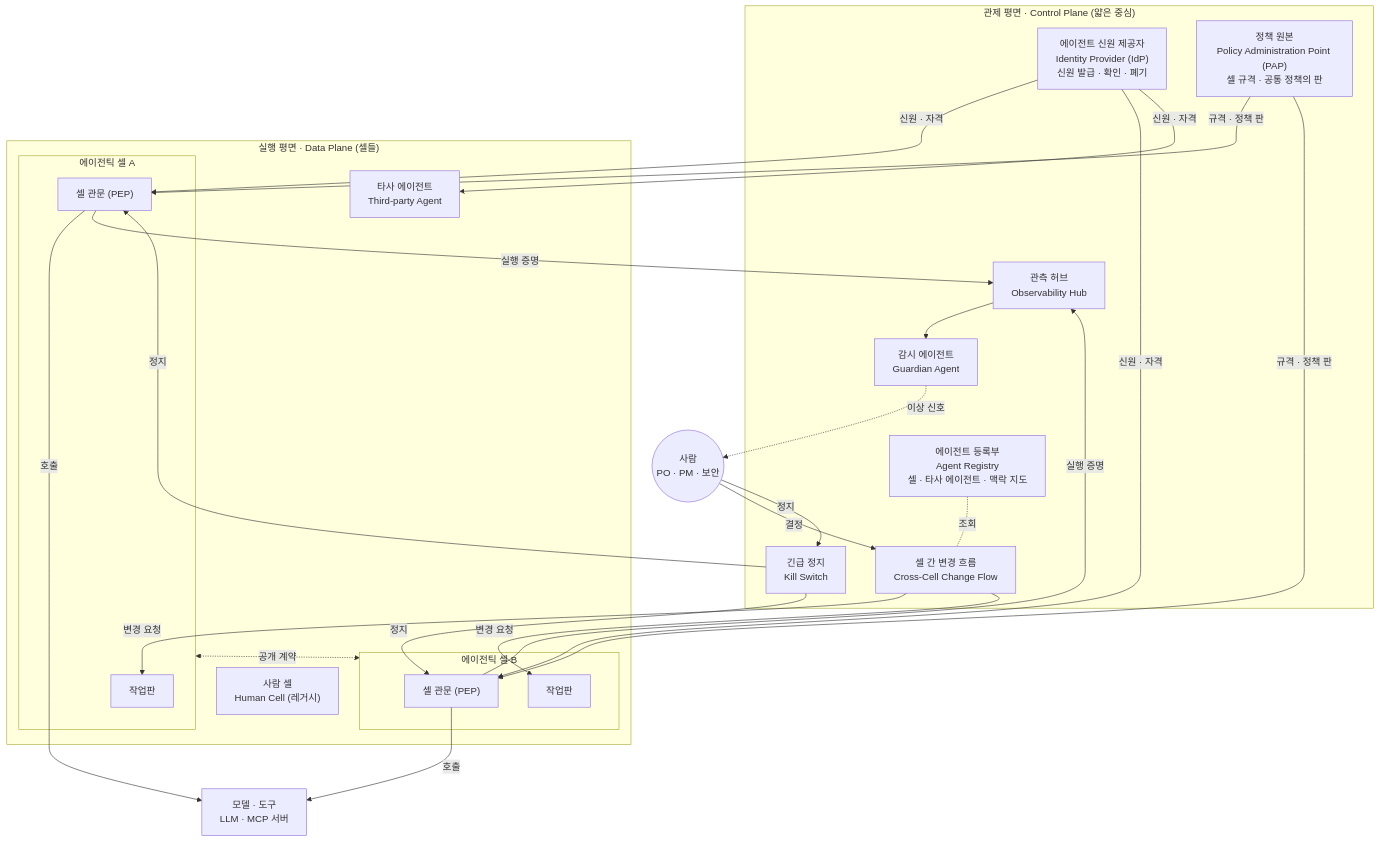
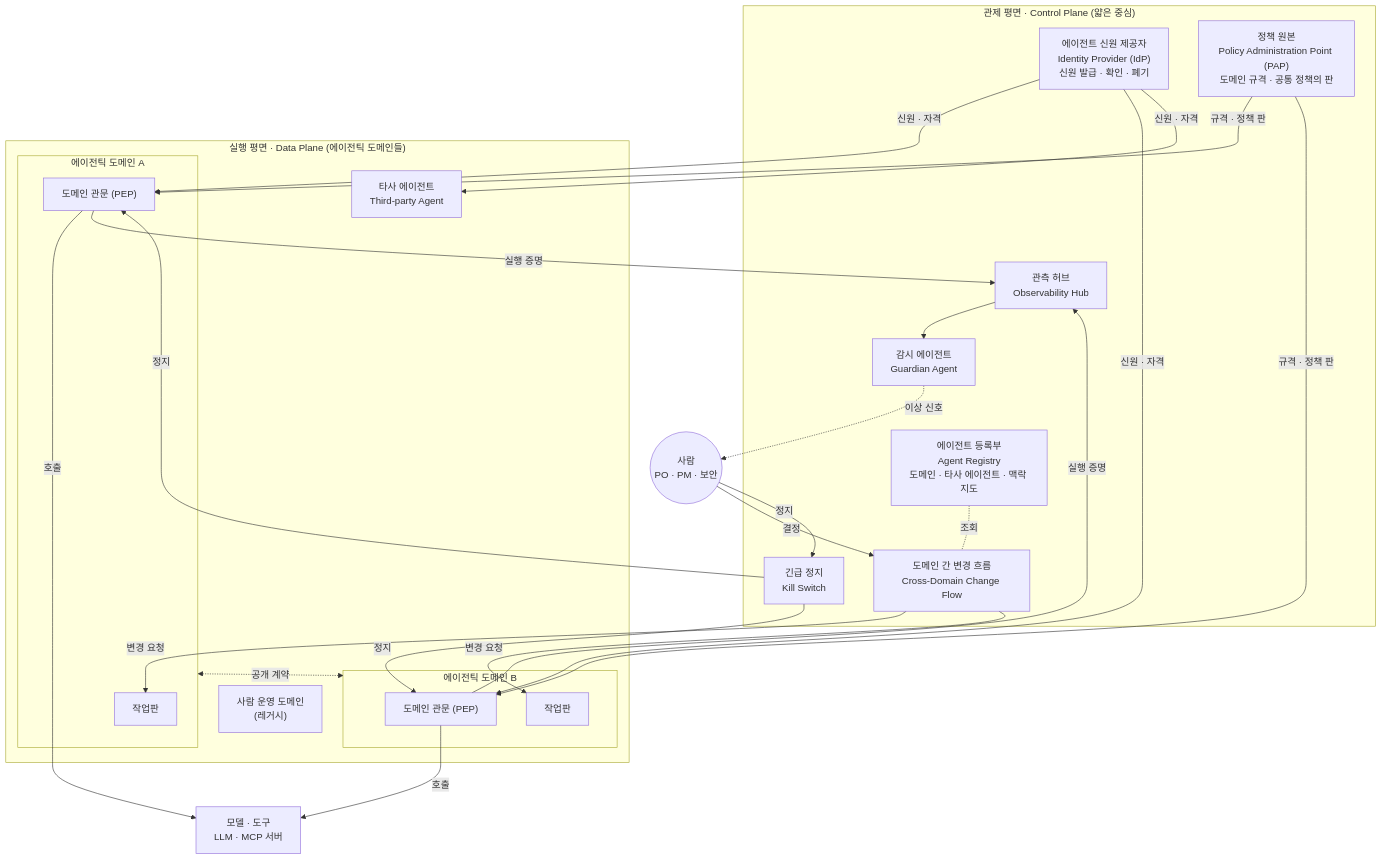
Before and after one commit to whiteceo/agentic: the first of 2 diagrams in architecture/개념_아키텍처.md, drawn with Mermaid. The commit also changed other lines of this file and 15 other files, not shown here.

Commit message:
문서 안 구조화 · 용어 개정(셀 → 에이전틱 도메인, 도메인 → 하위 도메인)

````diff
--- a/architecture/개념_아키텍처.md
+++ b/architecture/개념_아키텍처.md
@@ -19,40 +36,40 @@
 ```mermaid
 flowchart TB
   subgraph CP["관제 평면 · Control Plane (얇은 중심)"]
     IdP["에이전트 신원 제공자<br/>Identity Provider (IdP)<br/>신원 발급 · 확인 · 폐기"]
-    PAP["정책 원본<br/>Policy Administration Point (PAP)<br/>셀 규격 · 공통 정책의 판"]
-    REG["에이전트 등록부<br/>Agent Registry<br/>셀 · 타사 에이전트 · 맥락 지도"]
+    PAP["정책 원본<br/>Policy Administration Point (PAP)<br/>도메인 규격 · 공통 정책의 판"]
+    REG["에이전트 등록부<br/>Agent Registry<br/>도메인 · 타사 에이전트 · 맥락 지도"]
     KS["긴급 정지<br/>Kill Switch"]
-    CCF["셀 간 변경 흐름<br/>Cross-Cell Change Flow"]
+    CDF["도메인 간 변경 흐름<br/>Cross-Domain Change Flow"]
     OBS["관측 허브<br/>Observability Hub"]
     GA["감시 에이전트<br/>Guardian Agent"]
   end
 
-  subgraph DP["실행 평면 · Data Plane (셀들)"]
-    subgraph C1["에이전틱 셀 A"]
-      G1["셀 관문 (PEP)"]
+  subgraph DP["실행 평면 · Data Plane (에이전틱 도메인들)"]
+    subgraph D1["에이전틱 도메인 A"]
+      G1["도메인 관문 (PEP)"]
       W1["작업판"]
     end
-    subgraph C2["에이전틱 셀 B"]
-      G2["셀 관문 (PEP)"]
+    subgraph D2["에이전틱 도메인 B"]
+      G2["도메인 관문 (PEP)"]
       W2["작업판"]
     end
-    HC["사람 셀<br/>Human Cell (레거시)"]
+    HD["사람 운영 도메인<br/>(레거시)"]
     EXT["타사 에이전트<br/>Third-party Agent"]
   end
 
   M["모델 · 도구<br/>LLM · MCP 서버"]
 
   IdP -- 신원 · 자격 --> G1 & G2 & EXT
   PAP -- 규격 · 정책 판 --> G1 & G2
   KS -- 정지 --> G1 & G2
   G1 & G2 -- 호출 --> M
-  C1 <-. 공개 계약 .-> C2
+  D1 <-. 공개 계약 .-> D2
   G1 & G2 -- 실행 증명 --> OBS
   OBS --> GA
   GA -. 이상 신호 .-> H(("사람<br/>PO · PM · 보안"))
-  CCF -- 변경 요청 --> W1 & W2
-  REG -. 조회 .- CCF
-  H -- 결정 --> CCF
+  CDF -- 변경 요청 --> W1 & W2
+  REG -. 조회 .- CDF
+  H -- 결정 --> CDF
   H -- 정지 --> KS
 ```
````
